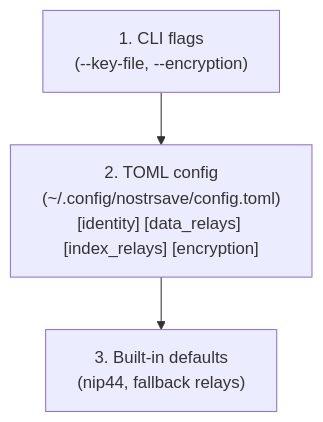
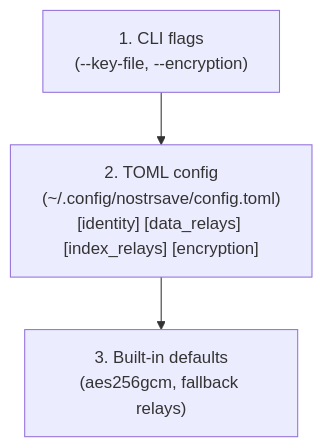
One commit to andrewtheguy/nostrsave changed the fourth of 5 diagrams in docs/ARCHITECTURE.md. Above: the diagram before and after it, drawn with Mermaid. The commit also changed other lines of this file and 1 other file, not shown here.

Commit message:
feat: Set AES-256-GCM as the default encryption with NIP-44 as an optional mode, updating all relevant documentation.

````diff
--- a/docs/ARCHITECTURE.md
+++ b/docs/ARCHITECTURE.md
@@ -153,6 +155,6 @@
 ```mermaid
 flowchart TB
     A["1. CLI flags<br/>(--key-file, --encryption)"] --> B
     B["2. TOML config<br/>(~/.config/nostrsave/config.toml)<br/>[identity] [data_relays] [index_relays] [encryption]"] --> C
-    C["3. Built-in defaults<br/>(nip44, fallback relays)"]
+    C["3. Built-in defaults<br/>(aes256gcm, fallback relays)"]
 ```
````
